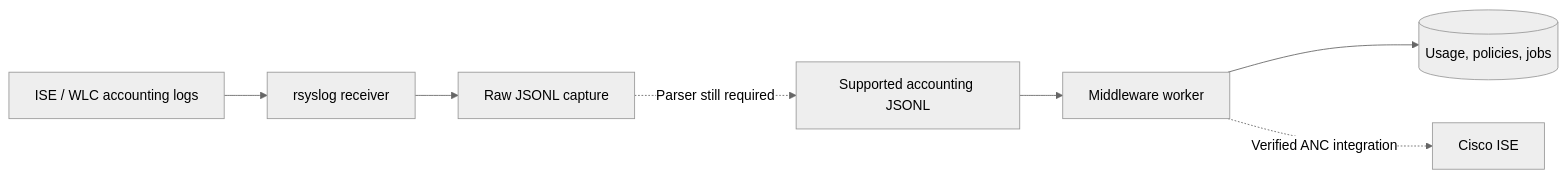
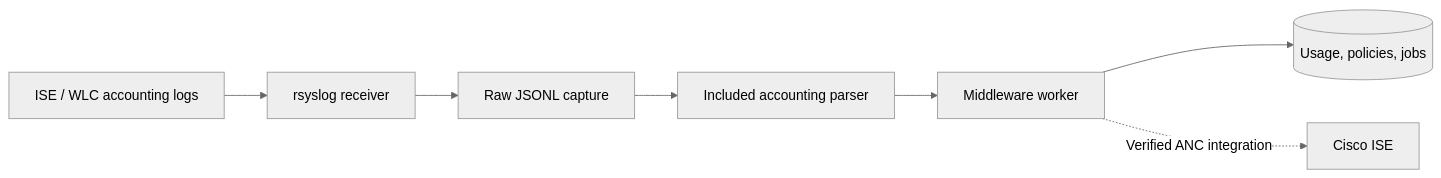
The diagram in docs/rsyslog-setup.md (DaemionBladee/Bandwidth-Limitation-Middleware), drawn with Mermaid (neutral theme) before and after one commit. The commit also changed other lines of this file and 17 other files, not shown here.

Commit message:
Add transactional rsyslog accounting parser and preflight CLI

````diff
--- a/docs/rsyslog-setup.md
+++ b/docs/rsyslog-setup.md
@@ -7,9 +7,9 @@
 ```mermaid
 flowchart LR
     I[ISE / WLC accounting logs] --> R[rsyslog receiver]
     R --> F[Raw JSONL capture]
-    F -. Parser still required .-> N[Supported accounting JSONL]
-    N --> W[Middleware worker]
+    F --> P[Included accounting parser]
+    P --> W[Middleware worker]
     W --> D[(Usage, policies, jobs)]
     W -. Verified ANC integration .-> A[Cisco ISE]
 ```
````
